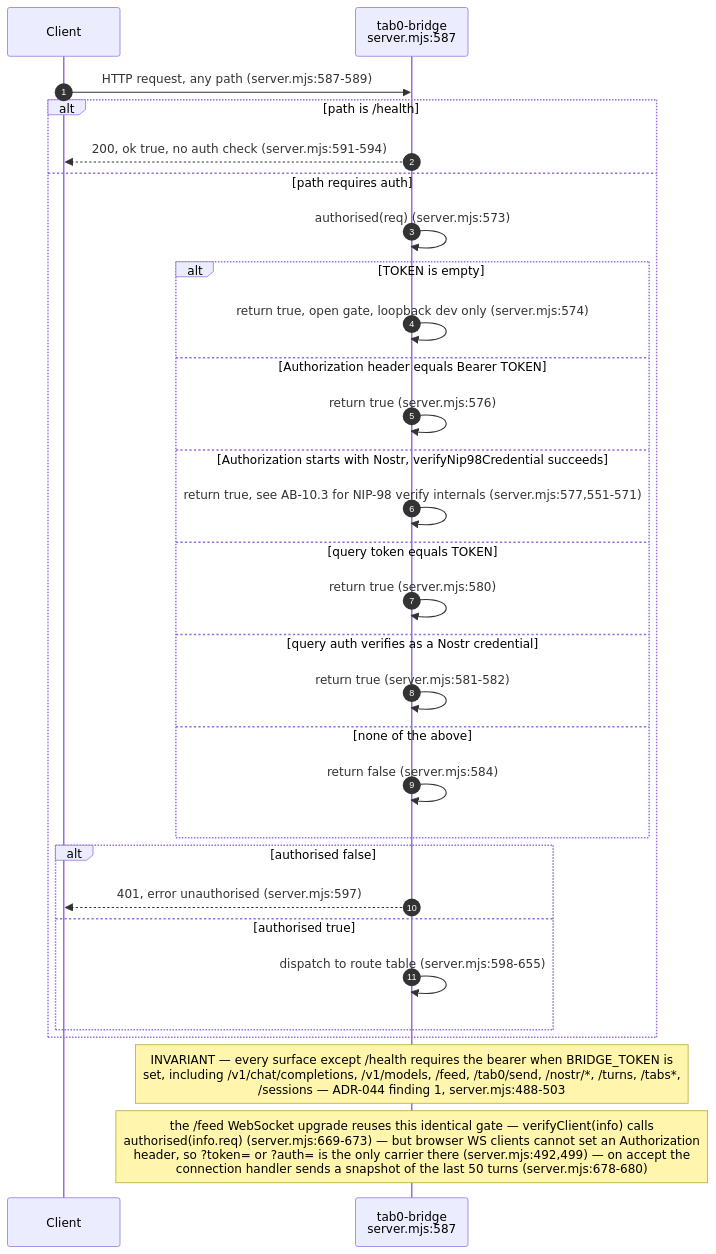
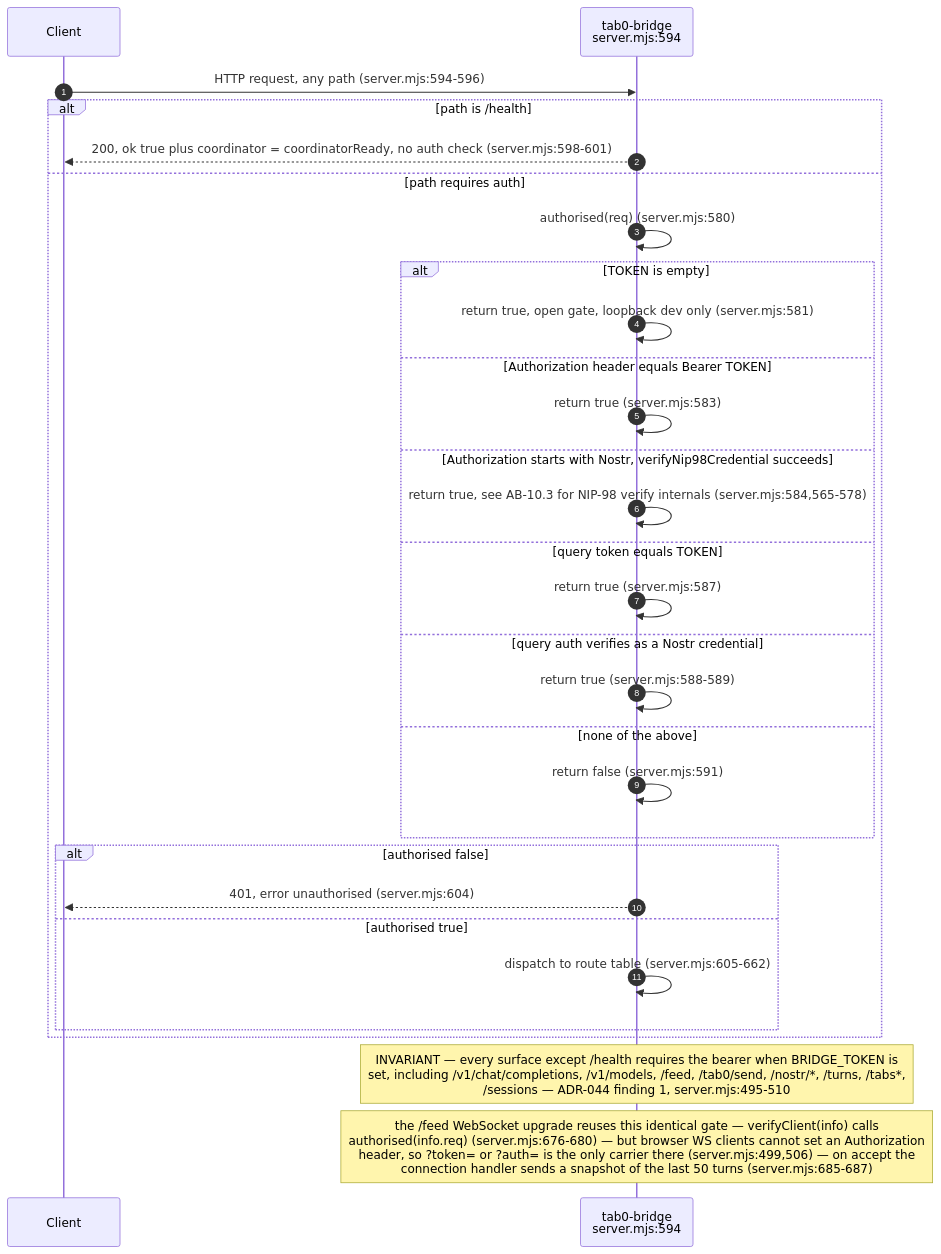
Before and after one commit to DreamLab-AI/VisionFlow: the second of 12 diagrams in docs/diagrams/agentbox/12-tab0-bridge-and-interaction-plane.md, drawn with Mermaid. The commit also changed other lines of this file and 142 other files, not shown here.

First line of the commit message:
docs(diagrams): one System One route; re-verify 140 topics at today's heads

````diff
--- a/docs/diagrams/agentbox/12-tab0-bridge-and-interaction-plane.md
+++ b/docs/diagrams/agentbox/12-tab0-bridge-and-interaction-plane.md
@@ -96,33 +96,33 @@
 ```mermaid
 sequenceDiagram
     autonumber
     participant C as Client
-    participant B as tab0-bridge<br/>server.mjs:587
+    participant B as tab0-bridge<br/>server.mjs:594
 
-    C->>B: HTTP request, any path (server.mjs:587-589)
+    C->>B: HTTP request, any path (server.mjs:594-596)
     alt path is /health
-        B-->>C: 200, ok true, no auth check (server.mjs:591-594)
+        B-->>C: 200, ok true plus coordinator = coordinatorReady, no auth check (server.mjs:598-601)
     else path requires auth
-        B->>B: authorised(req) (server.mjs:573)
+        B->>B: authorised(req) (server.mjs:580)
         alt TOKEN is empty
-            B->>B: return true, open gate, loopback dev only (server.mjs:574)
+            B->>B: return true, open gate, loopback dev only (server.mjs:581)
         else Authorization header equals Bearer TOKEN
-            B->>B: return true (server.mjs:576)
+            B->>B: return true (server.mjs:583)
         else Authorization starts with Nostr, verifyNip98Credential succeeds
-            B->>B: return true, see AB-10.3 for NIP-98 verify internals (server.mjs:577,551-571)
+            B->>B: return true, see AB-10.3 for NIP-98 verify internals (server.mjs:584,565-578)
         else query token equals TOKEN
-            B->>B: return true (server.mjs:580)
+            B->>B: return true (server.mjs:587)
         else query auth verifies as a Nostr credential
-            B->>B: return true (server.mjs:581-582)
+            B->>B: return true (server.mjs:588-589)
         else none of the above
-            B->>B: return false (server.mjs:584)
+            B->>B: return false (server.mjs:591)
         end
         alt authorised false
-            B-->>C: 401, error unauthorised (server.mjs:597)
+            B-->>C: 401, error unauthorised (server.mjs:604)
         else authorised true
-            B->>B: dispatch to route table (server.mjs:598-655)
+            B->>B: dispatch to route table (server.mjs:605-662)
         end
     end
-Note over B: INVARIANT — every surface except /health requires the bearer when BRIDGE_TOKEN is<br/>set, including /v1/chat/completions, /v1/models, /feed, /tab0/send, /nostr/*, /turns, /tabs*,<br/>/sessions — ADR-044 finding 1, server.mjs:488-503
-Note over B: the /feed WebSocket upgrade reuses this identical gate — verifyClient(info) calls<br/>authorised(info.req) (server.mjs:669-673) — but browser WS clients cannot set an Authorization<br/>header, so ?token= or ?auth= is the only carrier there (server.mjs:492,499) — on accept the<br/>connection handler sends a snapshot of the last 50 turns (server.mjs:678-680)
+Note over B: INVARIANT — every surface except /health requires the bearer when BRIDGE_TOKEN is<br/>set, including /v1/chat/completions, /v1/models, /feed, /tab0/send, /nostr/*, /turns, /tabs*,<br/>/sessions — ADR-044 finding 1, server.mjs:495-510
+Note over B: the /feed WebSocket upgrade reuses this identical gate — verifyClient(info) calls<br/>authorised(info.req) (server.mjs:676-680) — but browser WS clients cannot set an Authorization<br/>header, so ?token= or ?auth= is the only carrier there (server.mjs:499,506) — on accept the<br/>connection handler sends a snapshot of the last 50 turns (server.mjs:685-687)
 ```
````
